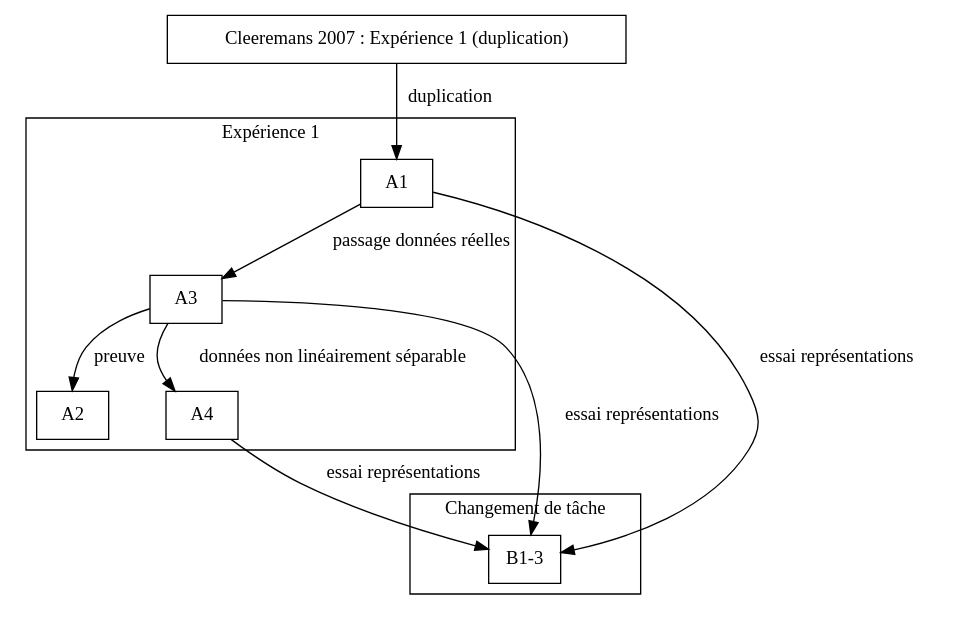
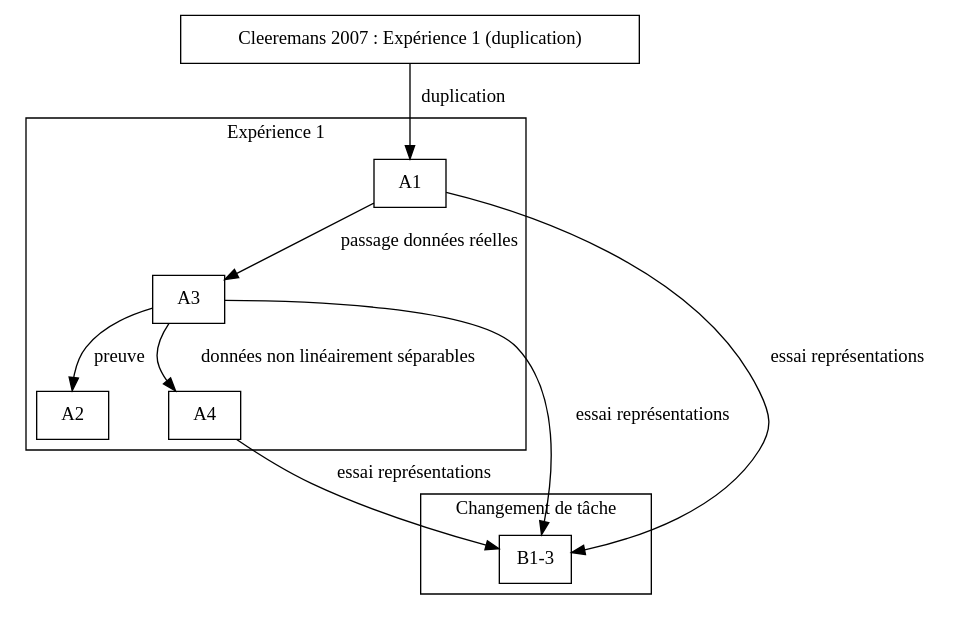
One commit to matthieu637/anne changed the diagram in exp/experiences/data/work2.dot. Above: the diagram before and after it, drawn with Graphviz. The commit also changed 4 other files, not shown here.

```diff
--- a/exp/experiences/data/work2.dot
+++ b/exp/experiences/data/work2.dot
@@ -1,29 +1,29 @@
  digraph G {
   node[shape=rect];
   rankdir = TB;
   
 
   R2 -> A1 [label="duplication"];
   A3 -> A2 [label="preuve"]
   A1 -> A3 [label="passage données réelles"]
-  A3 -> A4 [label="données non linéairement séparable"]
+  A3 -> A4 [label="données non linéairement séparables"]
 
 
   A1 -> B [label="essai représentations"]
   A3 -> B [label="essai représentations"]
   A4 -> B [label="essai représentations"]
 
   subgraph clusterA{
     label="Expérience 1"
     A1; A2; A3; A4;
   }
 
   subgraph clusterB{
     label="Changement de tâche"
     B [label="B1-3"]
   }
 
 
   R2 [label="Cleeremans 2007 : Expérience 1 (duplication)"];
 
 }
```
